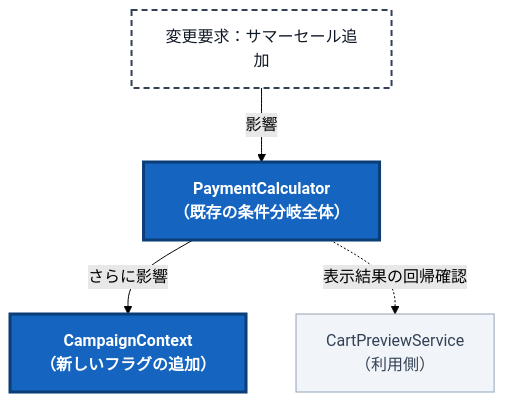
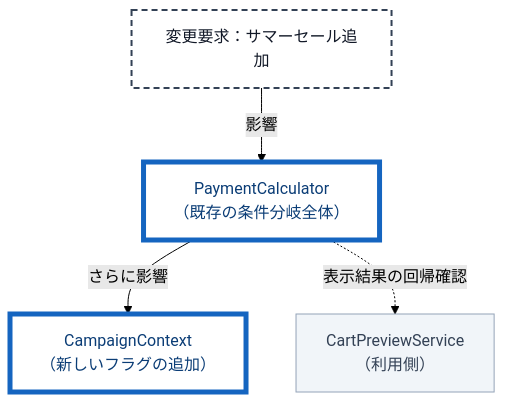
One commit to kumachan1101-pixel/DesignPattern changed the sixth of 14 diagrams in kindle/design-patterns/books/volume01-core-patterns/output/03-chapter01.md. Above: the diagram before and after it, drawn with Mermaid (forest theme). The commit also changed other lines of this file and 11 other files, not shown here.

First line of the commit message:
図の印を「新しく作る／開いて直す」へ分け、抜粋の改変を直す

````diff
--- a/kindle/design-patterns/books/volume01-core-patterns/output/03-chapter01.md
+++ b/kindle/design-patterns/books/volume01-core-patterns/output/03-chapter01.md
@@ -1247,11 +1245,11 @@
 ```mermaid
 graph TD
     T1["変更要求：サマーセール追加"]:::req
-        -->|影響| A["PaymentCalculator<br>（既存の条件分岐全体）"]:::changed
-    A -->|さらに影響| B["CampaignContext<br>（新しいフラグの追加）"]:::changed
+        -->|影響| A["PaymentCalculator<br>（既存の条件分岐全体）"]:::touched
+    A -->|さらに影響| B["CampaignContext<br>（新しいフラグの追加）"]:::touched
     A -.->|表示結果の回帰確認| C["CartPreviewService<br>（利用側）"]:::keep
 
     classDef req fill:#ffffff,stroke:#334155,stroke-width:2px,stroke-dasharray:6 4,color:#111827;
     classDef keep fill:#f1f5f9,stroke:#94a3b8,color:#334155;
-    classDef changed fill:#1565c0,stroke:#0b3d76,stroke-width:3px,color:#ffffff,font-weight:bold;
+    classDef touched fill:#ffffff,stroke:#1565c0,stroke-width:5px,color:#0b3d76;
 ```
````
